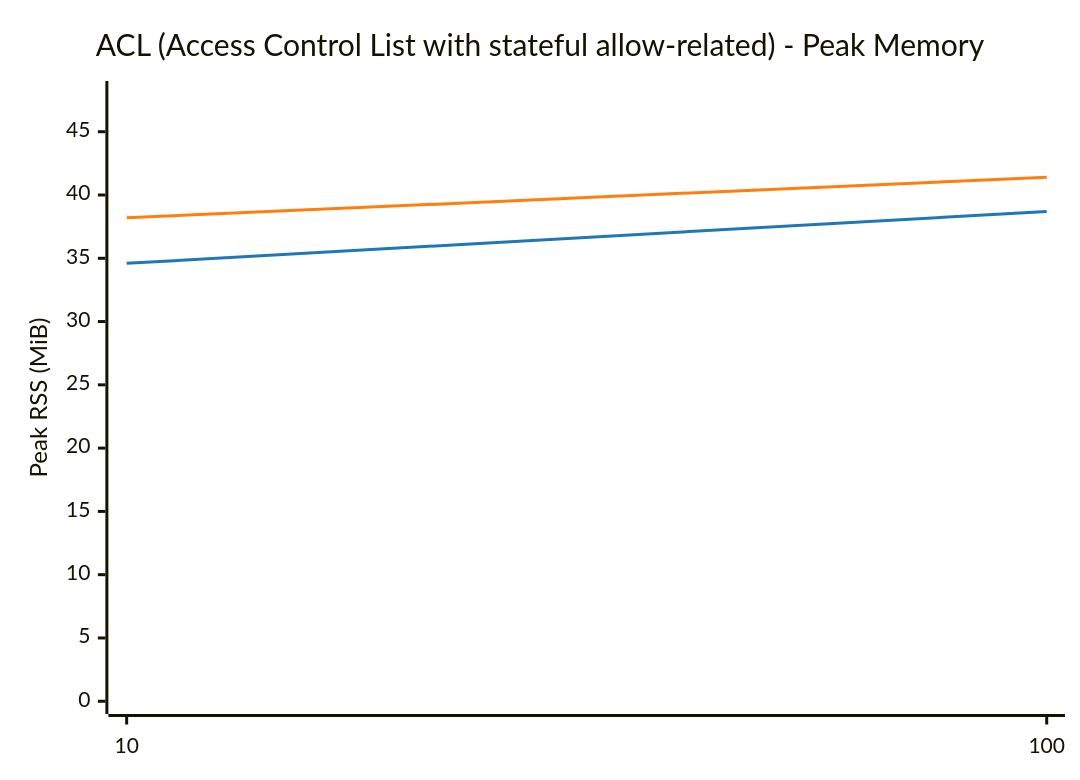
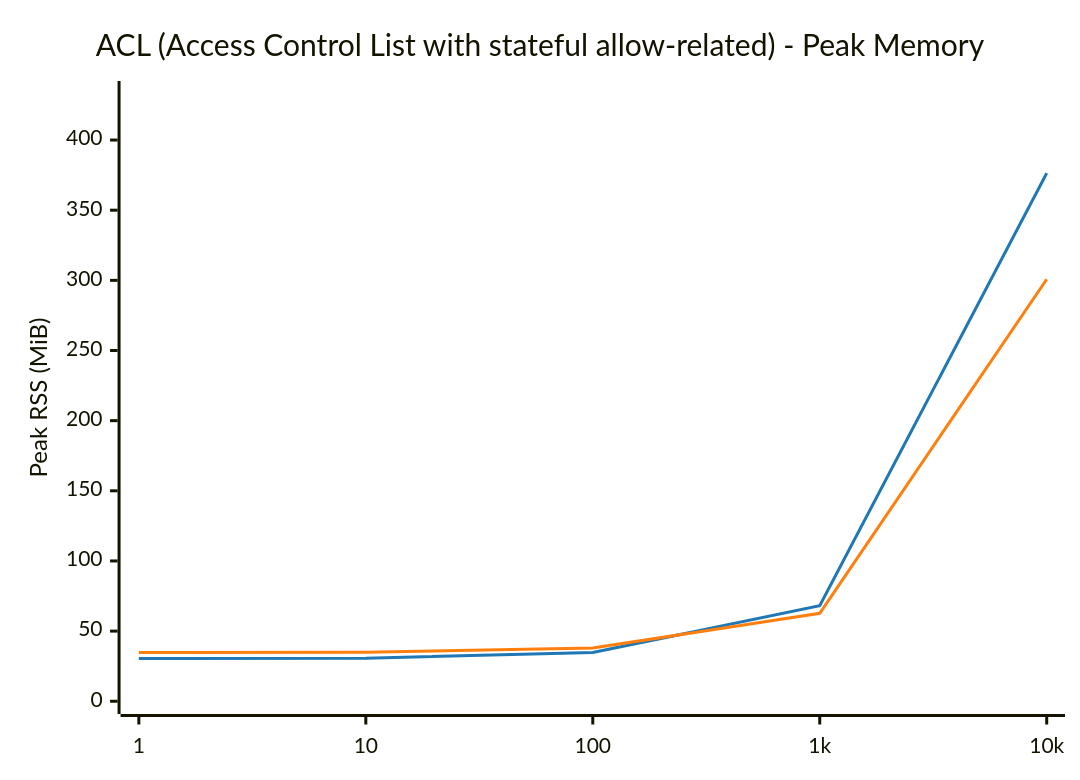
One commit to LionelJouin/ovs-ovn-bench changed the fourth of 14 diagrams in results/BENCHMARK_REPORT.md. Above: the diagram before and after it, drawn with Mermaid. The commit also changed other lines of this file and 4 other files, not shown here.

````diff
--- a/results/BENCHMARK_REPORT.md
+++ b/results/BENCHMARK_REPORT.md
@@ -151,14 +253,14 @@
 ```mermaid
 ---
 config:
     themeVariables:
         xyChart:
             plotColorPalette: "#1f77b4, #ff7f0e"
 ---
 xychart-beta
     title "ACL (Access Control List with stateful allow-related) - Peak Memory"
-    x-axis ["10", "100"]
-    y-axis "Peak RSS (MiB)" 0 --> 48
-    line "glibc malloc" [34.6, 38.7]
-    line "jemalloc" [38.2, 41.4]
+    x-axis ["1", "10", "100", "1k", "10k"]
+    y-axis "Peak RSS (MiB)" 0 --> 433
+    line "glibc malloc" [30.5, 30.7, 34.7, 68.1, 376.4]
+    line "jemalloc" [34.7, 35.0, 37.9, 62.7, 300.8]
 ```
````
